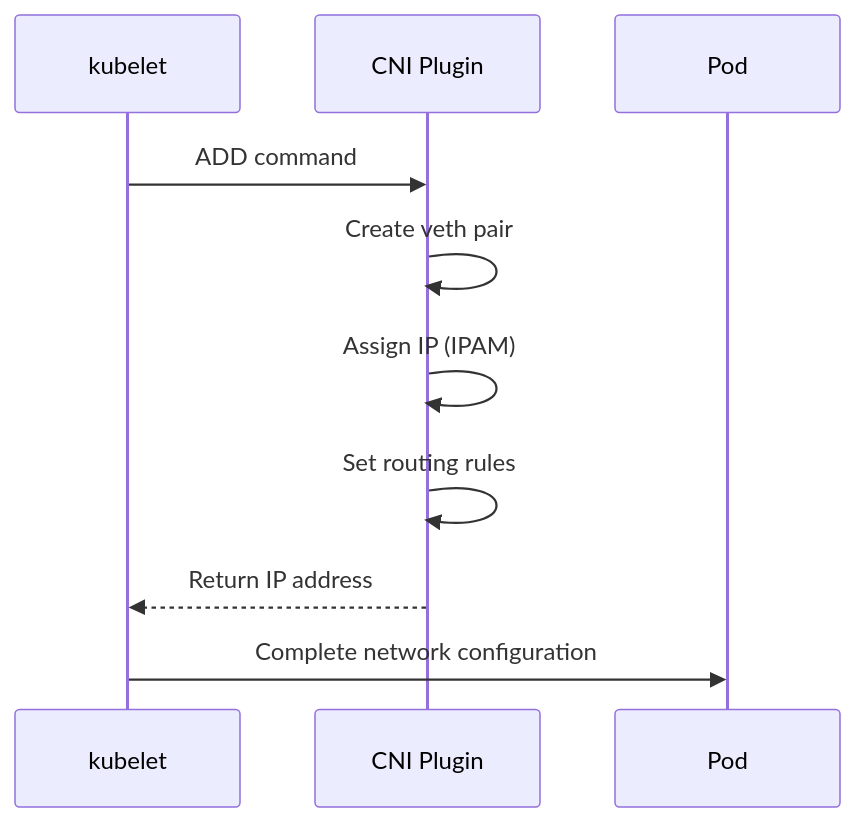
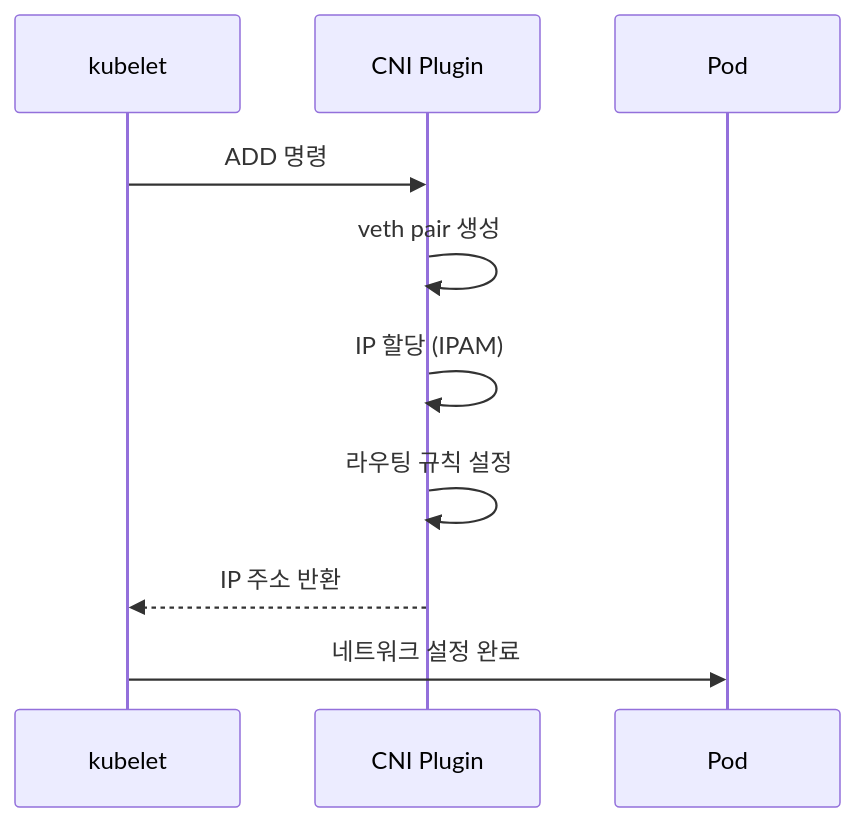
The fifth of 9 diagrams in i18n/en/docusaurus-plugin-content-blog/2026-01-05/the-weight-of-kubernetes-installation.md (doxxx93/doxxx.dev), drawn with Mermaid before and after one commit. The commit also changed other lines of this file and 4 other files, not shown here.

````diff
--- a/i18n/en/docusaurus-plugin-content-blog/2026-01-05/the-weight-of-kubernetes-installation.md
+++ b/i18n/en/docusaurus-plugin-content-blog/2026-01-05/the-weight-of-kubernetes-installation.md
@@ -168,13 +168,13 @@
 ```mermaid
 sequenceDiagram
     participant kubelet
     participant CNI as CNI Plugin
     participant Pod
 
-    kubelet->>CNI: ADD command
-    CNI->>CNI: Create veth pair
-    CNI->>CNI: Assign IP (IPAM)
-    CNI->>CNI: Set routing rules
-    CNI-->>kubelet: Return IP address
-    kubelet->>Pod: Complete network configuration
+    kubelet->>CNI: ADD 명령
+    CNI->>CNI: veth pair 생성
+    CNI->>CNI: IP 할당 (IPAM)
+    CNI->>CNI: 라우팅 규칙 설정
+    CNI-->>kubelet: IP 주소 반환
+    kubelet->>Pod: 네트워크 설정 완료
 ```
````
